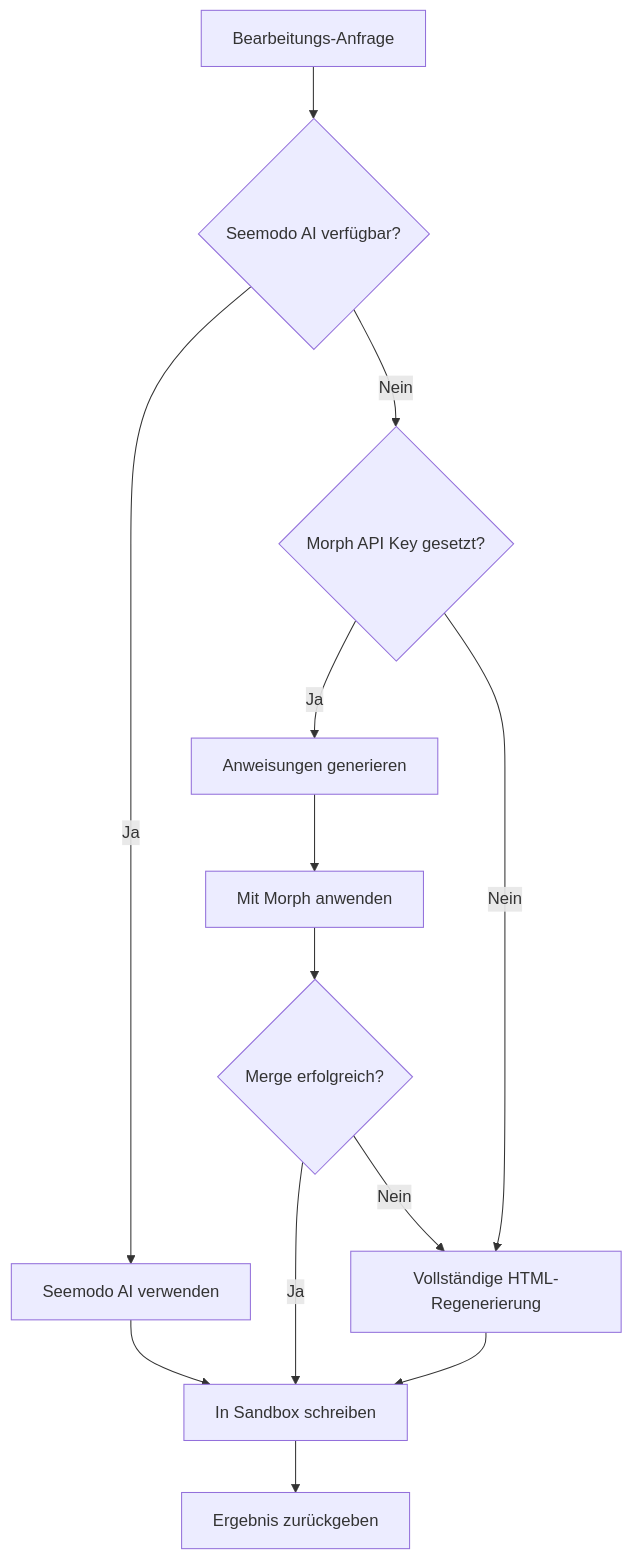
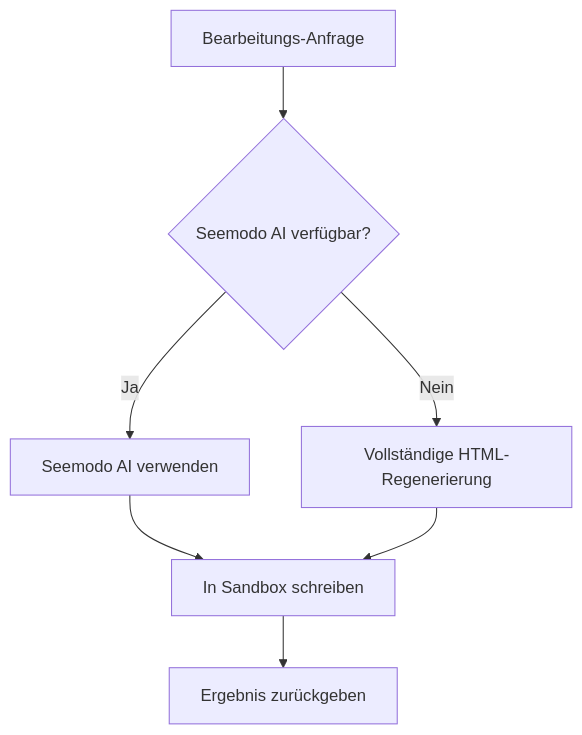
The diagram in de/api-reference/endpoint/edit-screen.mdx (Seemodo/docs), drawn with Mermaid before and after one commit. The commit also changed other lines of this file and 14 other files, not shown here.

Commit message:
Refactor documentation to remove references to Morph API and streamline content; update API endpoint descriptions for clarity, and delete the getting started guide to enhance focus on core features.

````diff
--- a/de/api-reference/endpoint/edit-screen.mdx
+++ b/de/api-reference/endpoint/edit-screen.mdx
@@ -110,15 +106,9 @@
 ```mermaid
 flowchart TD
     A[Bearbeitungs-Anfrage] --> B{Seemodo AI verfügbar?}
     B -->|Ja| C[Seemodo AI verwenden]
-    B -->|Nein| D{Morph API Key gesetzt?}
+    B -->|Nein| D[Vollständige HTML-Regenerierung]
     C --> E[In Sandbox schreiben]
-    D -->|Ja| F[Anweisungen generieren]
-    D -->|Nein| G[Vollständige HTML-Regenerierung]
-    F --> H[Mit Morph anwenden]
-    H --> I{Merge erfolgreich?}
-    I -->|Ja| E
-    I -->|Nein| G
-    G --> E
-    E --> J[Ergebnis zurückgeben]
+    D --> E
+    E --> F[Ergebnis zurückgeben]
 ```
````
